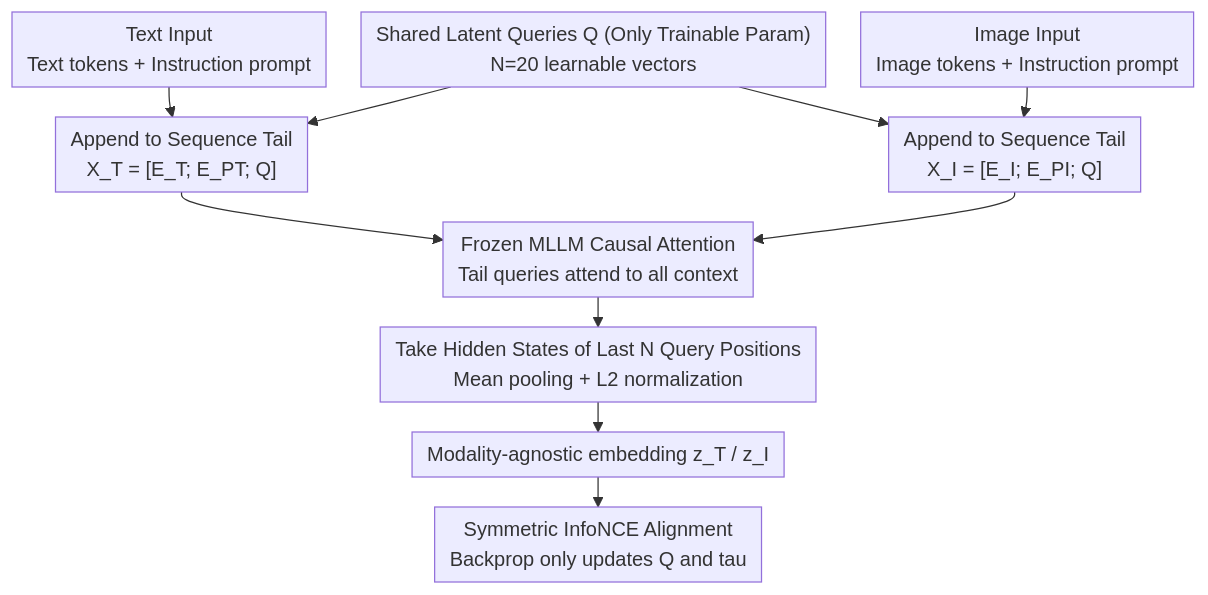
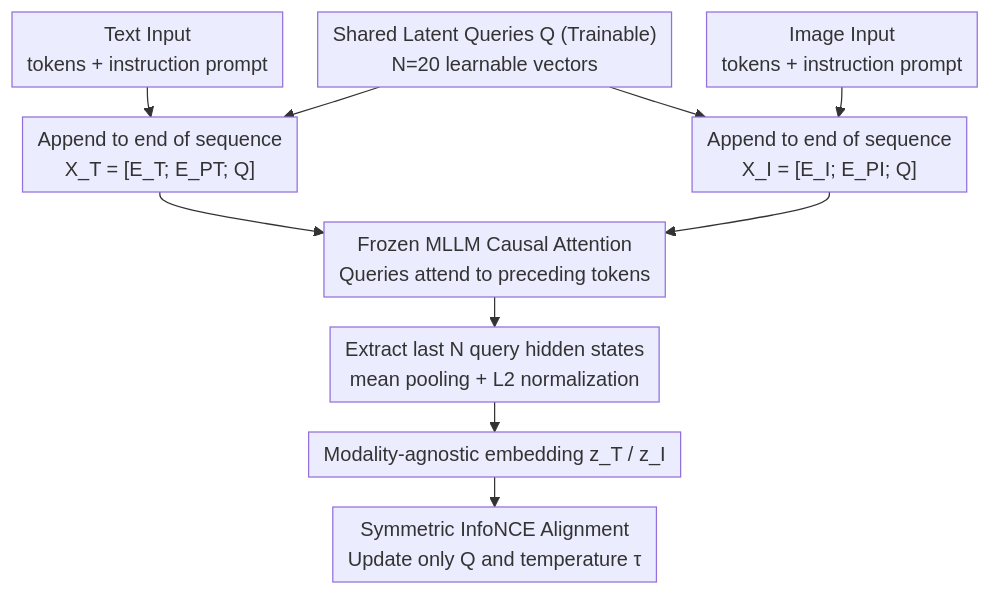
One commit to zhaoyang97/Paper-Notes-en changed the diagram in docs/ICML2026/multimodal_vlm/slq_bridging_modalities_via_shared_latent_queries_for_retrieval_with_frozen_mllm.md. Above: the diagram before and after it, drawn with Mermaid. The commit also changed other lines of this file and 5084 other files, not shown here.

````diff
--- a/docs/ICML2026/multimodal_vlm/slq_bridging_modalities_via_shared_latent_queries_for_retrieval_with_frozen_mllm.md
+++ b/docs/ICML2026/multimodal_vlm/slq_bridging_modalities_via_shared_latent_queries_for_retrieval_with_frozen_mllm.md
@@ -44,16 +44,16 @@
 ```mermaid
 %%{init: {'flowchart': {'rankSpacing': 24, 'nodeSpacing': 28, 'padding': 6, 'wrappingWidth': 400}}}%%
 flowchart TD
-    Q["Shared Latent Queries Q (Only Trainable Param)<br/>N=20 learnable vectors"]
-    T["Text Input<br/>Text tokens + Instruction prompt"]
-    I["Image Input<br/>Image tokens + Instruction prompt"]
-    T --> TS["Append to Sequence Tail<br/>X_T = [E_T; E_PT; Q]"]
-    I --> IS["Append to Sequence Tail<br/>X_I = [E_I; E_PI; Q]"]
+    Q["Shared Latent Queries Q (Trainable)<br/>N=20 learnable vectors"]
+    T["Text Input<br/>tokens + instruction prompt"]
+    I["Image Input<br/>tokens + instruction prompt"]
+    T --> TS["Append to end of sequence<br/>X_T = [E_T; E_PT; Q]"]
+    I --> IS["Append to end of sequence<br/>X_I = [E_I; E_PI; Q]"]
     Q --> TS
     Q --> IS
-    TS --> M["Frozen MLLM Causal Attention<br/>Tail queries attend to all context"]
+    TS --> M["Frozen MLLM Causal Attention<br/>Queries attend to preceding tokens"]
     IS --> M
-    M --> P["Take Hidden States of Last N Query Positions<br/>Mean pooling + L2 normalization"]
+    M --> P["Extract last N query hidden states<br/>mean pooling + L2 normalization"]
     P --> Z["Modality-agnostic embedding z_T / z_I"]
-    Z --> L["Symmetric InfoNCE Alignment<br/>Backprop only updates Q and tau"]
+    Z --> L["Symmetric InfoNCE Alignment<br/>Update only Q and temperature τ"]
 ```
````
